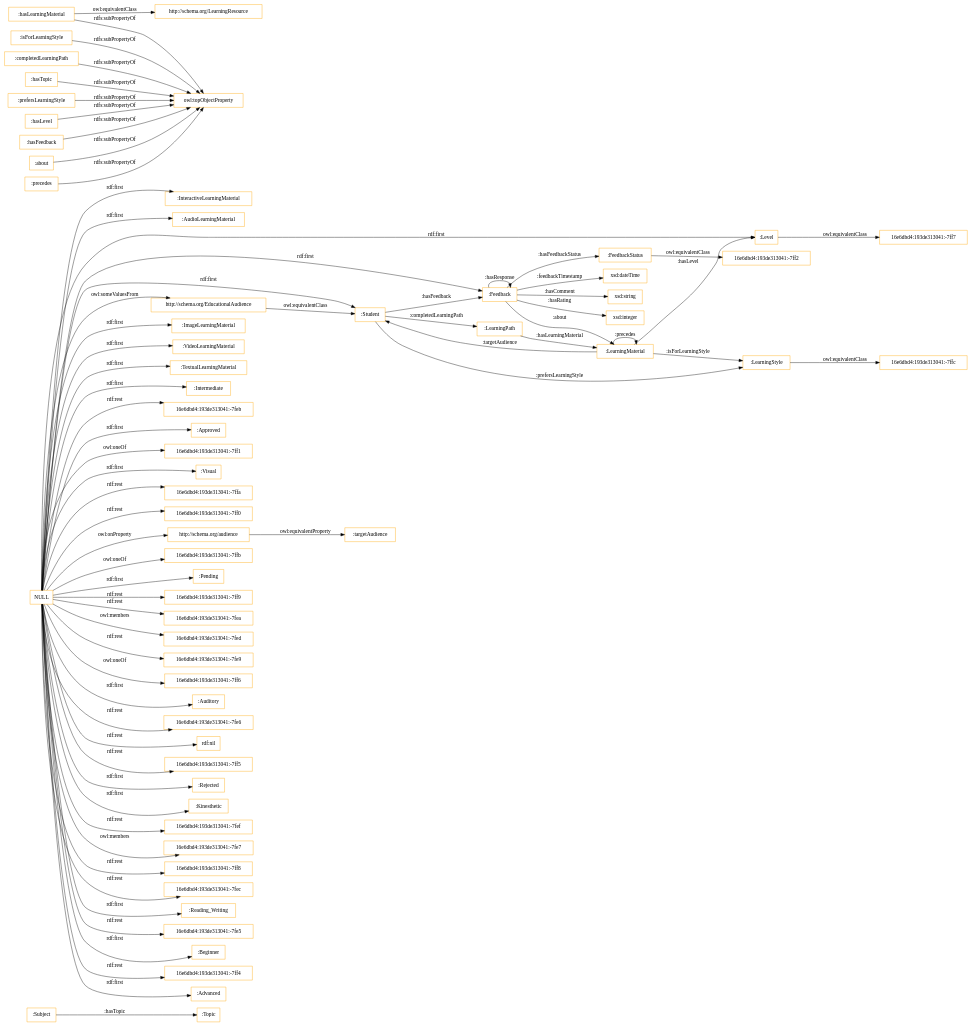
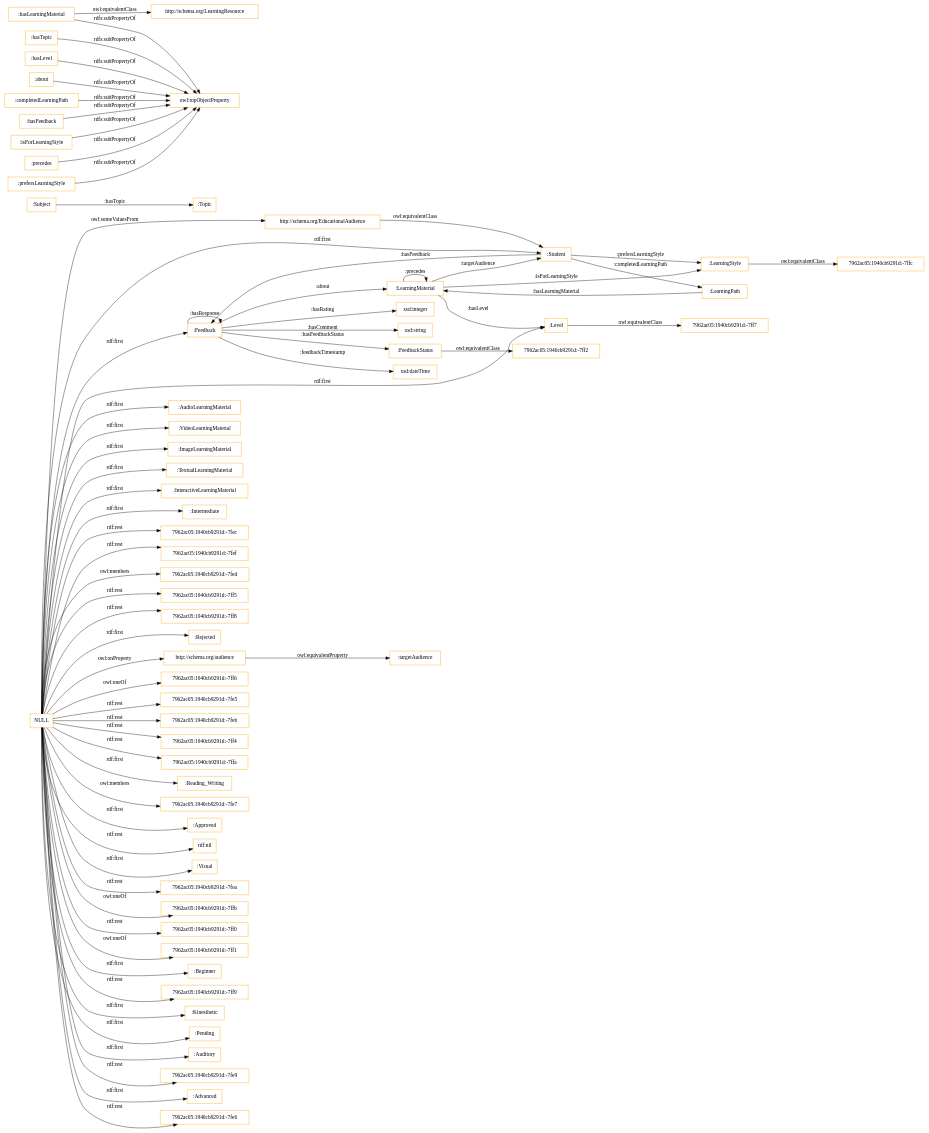
Before and after one commit to veyisTurgut/vb-rdf: the diagram in OnToology/vb-new.rdf/diagrams/ar2dtool-class/vb-new.rdf.png.dot, drawn with Graphviz. The commit also changed 12 other files, not shown here.

```diff
--- a/OnToology/vb-new.rdf/diagrams/ar2dtool-class/vb-new.rdf.png.dot
+++ b/OnToology/vb-new.rdf/diagrams/ar2dtool-class/vb-new.rdf.png.dot
@@ -1,75 +1,75 @@
 digraph ar2dtool_diagram { 
 rankdir=LR;
 size="1501"
-node [shape = rectangle, color="orange"]; ":Subject" "16e6dbd4:193de313041:-7ffc" "16e6dbd4:193de313041:-7ff7" ":InteractiveLearningMaterial" ":FeedbackStatus" ":AudioLearningMaterial" "http://schema.org/LearningResource" ":Feedback" ":LearningStyle" "16e6dbd4:193de313041:-7ff2" "http://schema.org/EducationalAudience" ":Student" ":Level" ":LearningMaterial" ":ImageLearningMaterial" ":Topic" ":LearningPath" ":VideoLearningMaterial" ":TextualLearningMaterial" ; /*classes style*/
+node [shape = rectangle, color="orange"]; ":FeedbackStatus" ":AudioLearningMaterial" ":VideoLearningMaterial" "7962ac05:1940cb9291d:-7ff7" ":Subject" "7962ac05:1940cb9291d:-7ffc" "http://schema.org/LearningResource" ":LearningStyle" "http://schema.org/EducationalAudience" ":Topic" ":ImageLearningMaterial" ":Level" ":Student" ":LearningMaterial" "7962ac05:1940cb9291d:-7ff2" ":TextualLearningMaterial" ":LearningPath" ":InteractiveLearningMaterial" ":Feedback" ; /*classes style*/
 	"NULL" -> ":Intermediate" [ label = "rdf:first" ];
-	"NULL" -> "16e6dbd4:193de313041:-7feb" [ label = "rdf:rest" ];
+	"NULL" -> "7962ac05:1940cb9291d:-7fec" [ label = "rdf:rest" ];
+	"NULL" -> "7962ac05:1940cb9291d:-7fef" [ label = "rdf:rest" ];
+	"NULL" -> "7962ac05:1940cb9291d:-7fed" [ label = "owl:members" ];
+	"NULL" -> "7962ac05:1940cb9291d:-7ff5" [ label = "rdf:rest" ];
+	"NULL" -> "7962ac05:1940cb9291d:-7ff8" [ label = "rdf:rest" ];
+	"NULL" -> ":Rejected" [ label = "rdf:first" ];
+	"NULL" -> "http://schema.org/EducationalAudience" [ label = "owl:someValuesFrom" ];
+	"NULL" -> "http://schema.org/audience" [ label = "owl:onProperty" ];
+	"NULL" -> "7962ac05:1940cb9291d:-7ff6" [ label = "owl:oneOf" ];
+	"NULL" -> "7962ac05:1940cb9291d:-7fe5" [ label = "rdf:rest" ];
+	"NULL" -> ":Level" [ label = "rdf:first" ];
+	"NULL" -> "7962ac05:1940cb9291d:-7feb" [ label = "rdf:rest" ];
+	"NULL" -> "7962ac05:1940cb9291d:-7ff4" [ label = "rdf:rest" ];
+	"NULL" -> "7962ac05:1940cb9291d:-7ffa" [ label = "rdf:rest" ];
+	"NULL" -> ":Reading_Writing" [ label = "rdf:first" ];
+	"NULL" -> ":TextualLearningMaterial" [ label = "rdf:first" ];
+	"NULL" -> "7962ac05:1940cb9291d:-7fe7" [ label = "owl:members" ];
 	"NULL" -> ":Approved" [ label = "rdf:first" ];
+	"NULL" -> ":InteractiveLearningMaterial" [ label = "rdf:first" ];
+	"NULL" -> "rdf:nil" [ label = "rdf:rest" ];
+	"NULL" -> ":ImageLearningMaterial" [ label = "rdf:first" ];
+	"NULL" -> ":Visual" [ label = "rdf:first" ];
+	"NULL" -> ":Feedback" [ label = "rdf:first" ];
+	"NULL" -> "7962ac05:1940cb9291d:-7fea" [ label = "rdf:rest" ];
+	"NULL" -> "7962ac05:1940cb9291d:-7ffb" [ label = "owl:oneOf" ];
+	"NULL" -> "7962ac05:1940cb9291d:-7ff0" [ label = "rdf:rest" ];
+	"NULL" -> "7962ac05:1940cb9291d:-7ff1" [ label = "owl:oneOf" ];
+	"NULL" -> ":Beginner" [ label = "rdf:first" ];
+	"NULL" -> "7962ac05:1940cb9291d:-7ff9" [ label = "rdf:rest" ];
+	"NULL" -> ":Kinesthetic" [ label = "rdf:first" ];
+	"NULL" -> ":Pending" [ label = "rdf:first" ];
+	"NULL" -> ":Auditory" [ label = "rdf:first" ];
+	"NULL" -> "7962ac05:1940cb9291d:-7fe9" [ label = "rdf:rest" ];
+	"NULL" -> ":Student" [ label = "rdf:first" ];
 	"NULL" -> ":AudioLearningMaterial" [ label = "rdf:first" ];
-	"NULL" -> ":ImageLearningMaterial" [ label = "rdf:first" ];
-	"NULL" -> "http://schema.org/EducationalAudience" [ label = "owl:someValuesFrom" ];
-	"NULL" -> "16e6dbd4:193de313041:-7ff1" [ label = "owl:oneOf" ];
-	"NULL" -> ":Visual" [ label = "rdf:first" ];
-	"NULL" -> "16e6dbd4:193de313041:-7ffa" [ label = "rdf:rest" ];
-	"NULL" -> "16e6dbd4:193de313041:-7ff0" [ label = "rdf:rest" ];
-	"NULL" -> "http://schema.org/audience" [ label = "owl:onProperty" ];
-	"NULL" -> ":Student" [ label = "rdf:first" ];
-	"NULL" -> ":Level" [ label = "rdf:first" ];
-	"NULL" -> "16e6dbd4:193de313041:-7ffb" [ label = "owl:oneOf" ];
-	"NULL" -> ":Pending" [ label = "rdf:first" ];
-	"NULL" -> "16e6dbd4:193de313041:-7ff9" [ label = "rdf:rest" ];
-	"NULL" -> ":TextualLearningMaterial" [ label = "rdf:first" ];
-	"NULL" -> "16e6dbd4:193de313041:-7fea" [ label = "rdf:rest" ];
-	"NULL" -> "16e6dbd4:193de313041:-7fed" [ label = "owl:members" ];
-	"NULL" -> "16e6dbd4:193de313041:-7fe9" [ label = "rdf:rest" ];
-	"NULL" -> "16e6dbd4:193de313041:-7ff6" [ label = "owl:oneOf" ];
-	"NULL" -> ":Feedback" [ label = "rdf:first" ];
-	"NULL" -> ":Auditory" [ label = "rdf:first" ];
-	"NULL" -> "16e6dbd4:193de313041:-7fe6" [ label = "rdf:rest" ];
-	"NULL" -> "rdf:nil" [ label = "rdf:rest" ];
-	"NULL" -> "16e6dbd4:193de313041:-7ff5" [ label = "rdf:rest" ];
-	"NULL" -> ":Rejected" [ label = "rdf:first" ];
-	"NULL" -> ":Kinesthetic" [ label = "rdf:first" ];
-	"NULL" -> "16e6dbd4:193de313041:-7fef" [ label = "rdf:rest" ];
-	"NULL" -> "16e6dbd4:193de313041:-7fe7" [ label = "owl:members" ];
-	"NULL" -> "16e6dbd4:193de313041:-7ff8" [ label = "rdf:rest" ];
-	"NULL" -> "16e6dbd4:193de313041:-7fec" [ label = "rdf:rest" ];
-	"NULL" -> ":Reading_Writing" [ label = "rdf:first" ];
-	"NULL" -> "16e6dbd4:193de313041:-7fe5" [ label = "rdf:rest" ];
+	"NULL" -> ":Advanced" [ label = "rdf:first" ];
+	"NULL" -> "7962ac05:1940cb9291d:-7fe6" [ label = "rdf:rest" ];
 	"NULL" -> ":VideoLearningMaterial" [ label = "rdf:first" ];
-	"NULL" -> ":Beginner" [ label = "rdf:first" ];
-	"NULL" -> "16e6dbd4:193de313041:-7ff4" [ label = "rdf:rest" ];
-	"NULL" -> ":InteractiveLearningMaterial" [ label = "rdf:first" ];
-	"NULL" -> ":Advanced" [ label = "rdf:first" ];
-	":isForLearningStyle" -> "owl:topObjectProperty" [ label = "rdfs:subPropertyOf" ];
-	":completedLearningPath" -> "owl:topObjectProperty" [ label = "rdfs:subPropertyOf" ];
+	":hasTopic" -> "owl:topObjectProperty" [ label = "rdfs:subPropertyOf" ];
 	"http://schema.org/audience" -> ":targetAudience" [ label = "owl:equivalentProperty" ];
-	":hasTopic" -> "owl:topObjectProperty" [ label = "rdfs:subPropertyOf" ];
-	":LearningStyle" -> "16e6dbd4:193de313041:-7ffc" [ label = "owl:equivalentClass" ];
-	":prefersLearningStyle" -> "owl:topObjectProperty" [ label = "rdfs:subPropertyOf" ];
 	":hasLevel" -> "owl:topObjectProperty" [ label = "rdfs:subPropertyOf" ];
-	"http://schema.org/EducationalAudience" -> ":Student" [ label = "owl:equivalentClass" ];
-	":hasFeedback" -> "owl:topObjectProperty" [ label = "rdfs:subPropertyOf" ];
-	":FeedbackStatus" -> "16e6dbd4:193de313041:-7ff2" [ label = "owl:equivalentClass" ];
+	":FeedbackStatus" -> "7962ac05:1940cb9291d:-7ff2" [ label = "owl:equivalentClass" ];
 	":about" -> "owl:topObjectProperty" [ label = "rdfs:subPropertyOf" ];
 	":hasLearningMaterial" -> "http://schema.org/LearningResource" [ label = "owl:equivalentClass" ];
 	":hasLearningMaterial" -> "owl:topObjectProperty" [ label = "rdfs:subPropertyOf" ];
-	":Level" -> "16e6dbd4:193de313041:-7ff7" [ label = "owl:equivalentClass" ];
+	":completedLearningPath" -> "owl:topObjectProperty" [ label = "rdfs:subPropertyOf" ];
+	"http://schema.org/EducationalAudience" -> ":Student" [ label = "owl:equivalentClass" ];
+	":Level" -> "7962ac05:1940cb9291d:-7ff7" [ label = "owl:equivalentClass" ];
+	":hasFeedback" -> "owl:topObjectProperty" [ label = "rdfs:subPropertyOf" ];
+	":isForLearningStyle" -> "owl:topObjectProperty" [ label = "rdfs:subPropertyOf" ];
 	":precedes" -> "owl:topObjectProperty" [ label = "rdfs:subPropertyOf" ];
+	":prefersLearningStyle" -> "owl:topObjectProperty" [ label = "rdfs:subPropertyOf" ];
+	":LearningStyle" -> "7962ac05:1940cb9291d:-7ffc" [ label = "owl:equivalentClass" ];
+	":Feedback" -> ":Feedback" [ label = ":hasResponse" ];
+	":Feedback" -> ":LearningMaterial" [ label = ":about" ];
+	":LearningMaterial" -> ":LearningStyle" [ label = ":isForLearningStyle" ];
+	":Feedback" -> "xsd:integer" [ label = ":hasRating" ];
+	":LearningPath" -> ":LearningMaterial" [ label = ":hasLearningMaterial" ];
+	":Student" -> ":Feedback" [ label = ":hasFeedback" ];
+	":Student" -> ":LearningStyle" [ label = ":prefersLearningStyle" ];
 	":Feedback" -> ":FeedbackStatus" [ label = ":hasFeedbackStatus" ];
+	":Feedback" -> "xsd:string" [ label = ":hasComment" ];
+	":Subject" -> ":Topic" [ label = ":hasTopic" ];
 	":Feedback" -> "xsd:dateTime" [ label = ":feedbackTimestamp" ];
-	":Feedback" -> "xsd:string" [ label = ":hasComment" ];
-	":Student" -> ":Feedback" [ label = ":hasFeedback" ];
-	":LearningMaterial" -> ":LearningMaterial" [ label = ":precedes" ];
-	":LearningPath" -> ":LearningMaterial" [ label = ":hasLearningMaterial" ];
-	":Student" -> ":LearningPath" [ label = ":completedLearningPath" ];
-	":LearningMaterial" -> ":LearningStyle" [ label = ":isForLearningStyle" ];
-	":Subject" -> ":Topic" [ label = ":hasTopic" ];
 	":LearningMaterial" -> ":Student" [ label = ":targetAudience" ];
 	":LearningMaterial" -> ":Level" [ label = ":hasLevel" ];
-	":Feedback" -> ":Feedback" [ label = ":hasResponse" ];
-	":Student" -> ":LearningStyle" [ label = ":prefersLearningStyle" ];
-	":Feedback" -> ":LearningMaterial" [ label = ":about" ];
-	":Feedback" -> "xsd:integer" [ label = ":hasRating" ];
+	":LearningMaterial" -> ":LearningMaterial" [ label = ":precedes" ];
+	":Student" -> ":LearningPath" [ label = ":completedLearningPath" ];
 
 }
```
